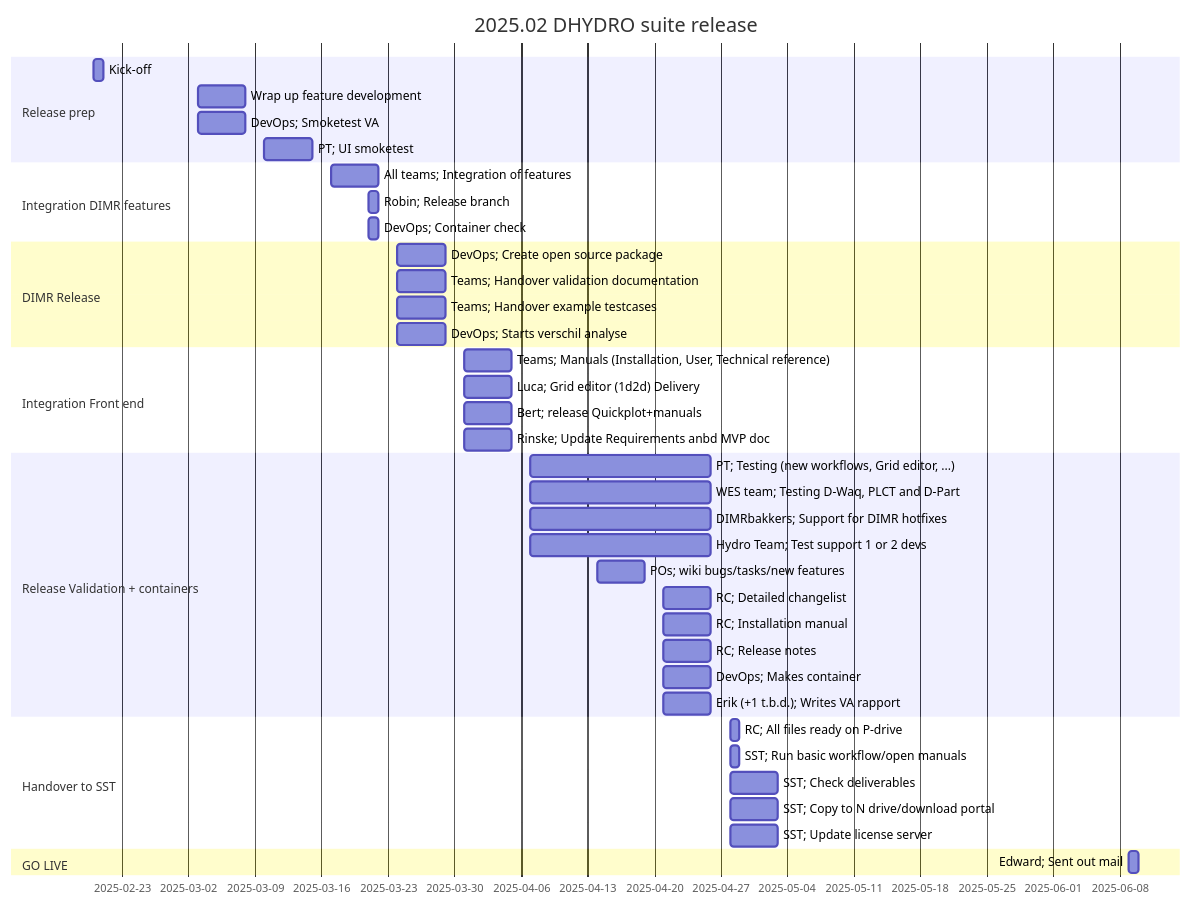
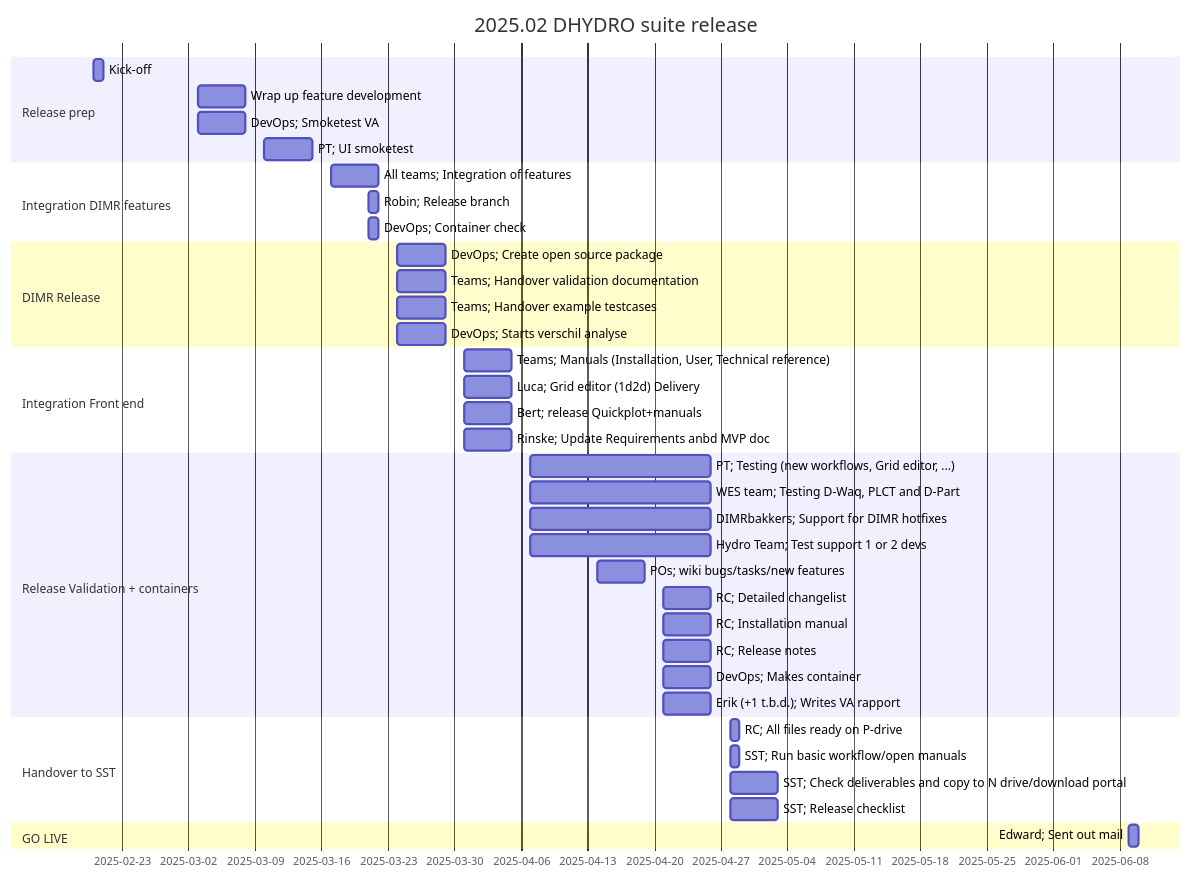
The diagram in mermaid/planning.md (jeffersonscientific/Delft3D), drawn with Mermaid before and after one commit.

Commit message:
license server is already part of the release checklist. Copy is already part of the deliverables check.

```diff
--- a/mermaid/planning.md
+++ b/mermaid/planning.md
@@ -1,51 +1,50 @@
 ::: mermaid
 gantt
     title 2025.02 DHYDRO suite release
     dateFormat  YYYY-MM-DD
     dateFormat  DD-MM-YYYY
     
     section Release prep
     Kick-off :20-02-2025, 1d
     Wrap up feature development :03-03-2025, 5d
     DevOps; Smoketest VA :03-03-2025, 5d
     PT; UI smoketest :10-03-2025, 5d
 
     section Integration DIMR features
     All teams; Integration of features :17-03-2025, 5d
     Robin; Release branch :21-03-2025, 1d
     DevOps; Container check :21-03-2025, 1d
 
     section DIMR Release
     DevOps; Create open source package :24-03-2025, 5d
     Teams; Handover validation documentation :24-03-2025, 5d
     Teams; Handover example testcases :24-03-2025, 5d
     DevOps; Starts verschil analyse :24-03-2025, 5d
 
     section Integration Front end
     Teams; Manuals (Installation, User, Technical reference) :31-03-2025, 5d
     Luca; Grid editor (1d2d) Delivery :31-03-2025, 5d
     Bert; release Quickplot+manuals :31-03-2025, 5d
     Rinske; Update Requirements anbd MVP doc :31-03-2025, 5d
 
     section Release Validation + containers
     PT; Testing (new workflows, Grid editor, ...) :07-04-2025, 19d
     WES team; Testing D-Waq, PLCT and D-Part :07-04-2025, 19d
     DIMRbakkers; Support for DIMR hotfixes :07-04-2025, 19d
     Hydro Team; Test support 1 or 2 devs :07-04-2025, 19d
     POs; wiki bugs/tasks/new features :14-04-2025, 5d
     RC; Detailed changelist :21-04-2025, 5d
     RC; Installation manual :21-04-2025, 5d
     RC; Release notes :21-04-2025, 5d
     DevOps; Makes container :21-04-2025, 5d
     Erik (+1 t.b.d.); Writes VA rapport :21-04-2025, 5d
 
     section Handover to SST
     RC; All files ready on P-drive: 28-04-2025, 1d
     SST; Run basic workflow/open manuals: 28-04-2025, 1d
-    SST; Check deliverables: 28-04-2025, 5d
-    SST; Copy to N drive/download portal: 28-04-2025, 5d
-    SST; Update license server: 28-04-2025, 5d
+    SST; Check deliverables and copy to N drive/download portal: 28-04-2025, 5d
+    SST; Release checklist: 28-04-2025, 5d
 
     section GO LIVE
     Edward; Sent out mail: 09-06-2025, 1d
 :::
```
